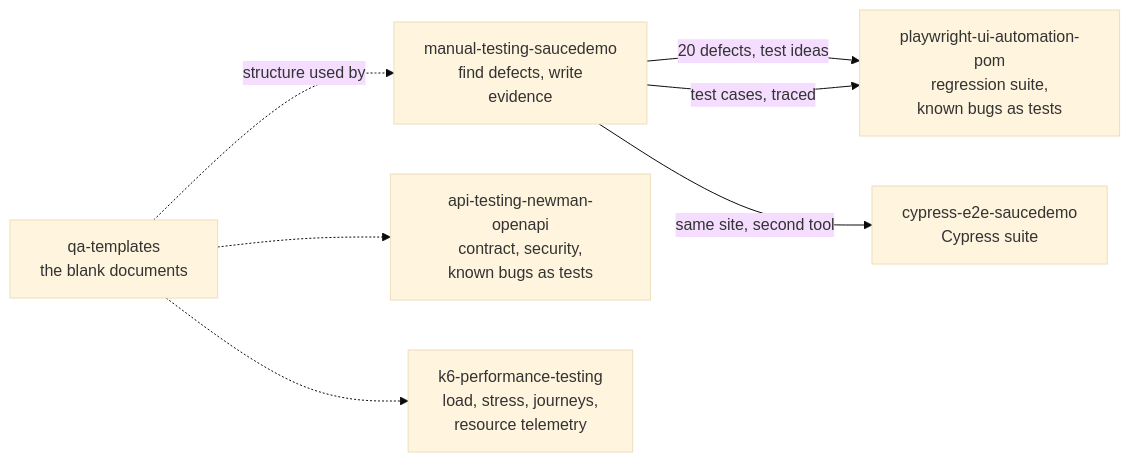
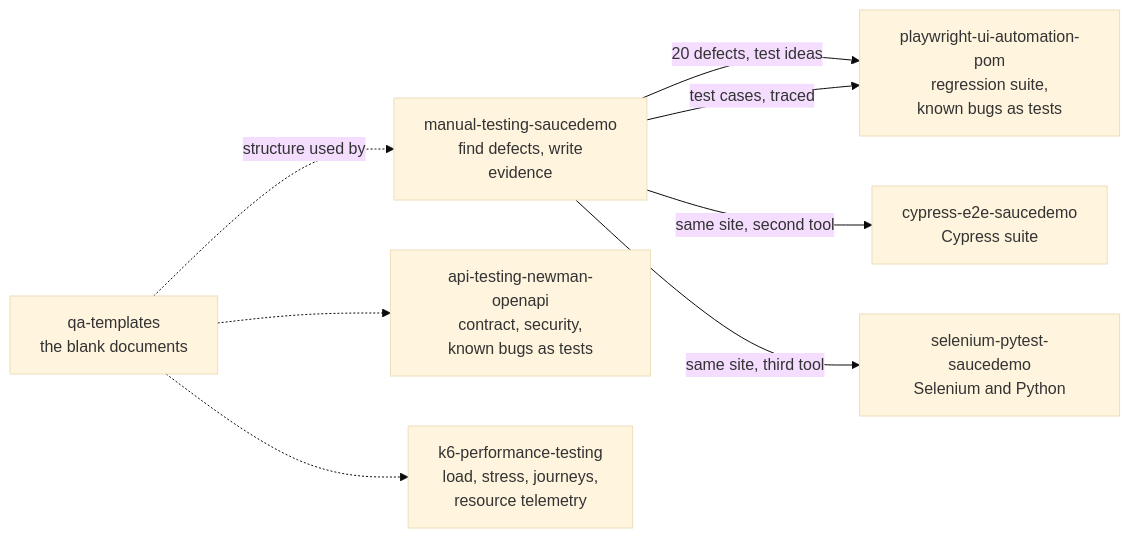
The diagram in README.md (jahidulislamrihan26/sqa-portfolio), drawn with Mermaid (base theme) before and after one commit. The commit also changed other lines of this file and 2 other files, not shown here.

Commit message:
Hub: add the Selenium and Python project

````diff
--- a/README.md
+++ b/README.md
@@ -21,11 +22,12 @@
 ```mermaid
 flowchart LR
     M[manual-testing-saucedemo<br/>find defects, write<br/>evidence] -->|20 defects, test ideas| A[playwright-ui-automation-pom<br/>regression suite,<br/>known bugs as tests]
     M -->|test cases, traced| A
     M -->|same site, second tool| C[cypress-e2e-saucedemo<br/>Cypress suite]
+    M -->|same site, third tool| S[selenium-pytest-saucedemo<br/>Selenium and Python]
     API[api-testing-newman-openapi<br/>contract, security,<br/>known bugs as tests]
     P[k6-performance-testing<br/>load, stress, journeys,<br/>resource telemetry]
     T[qa-templates<br/>the blank documents] -.->|structure used by| M
     T -.-> API
     T -.-> P
 ```
````
